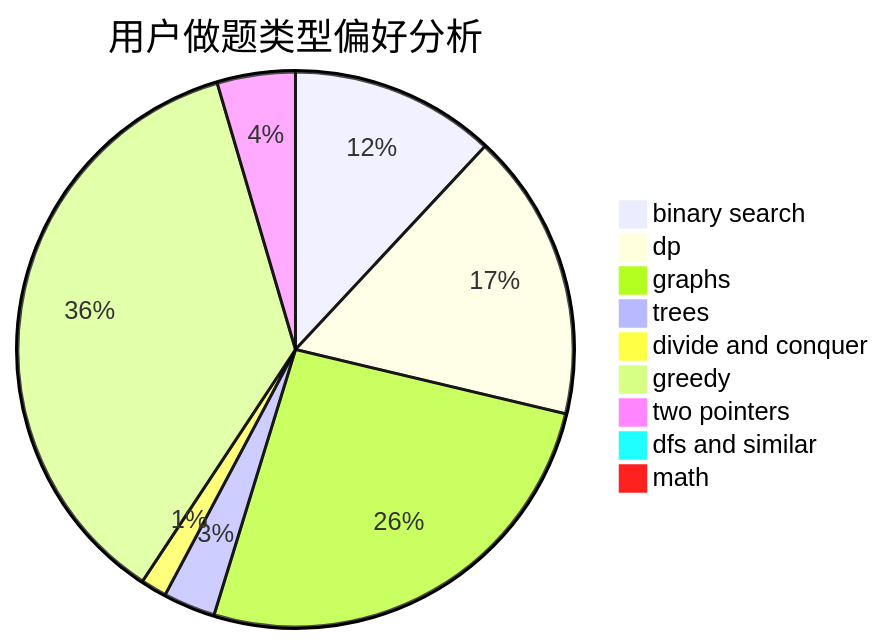
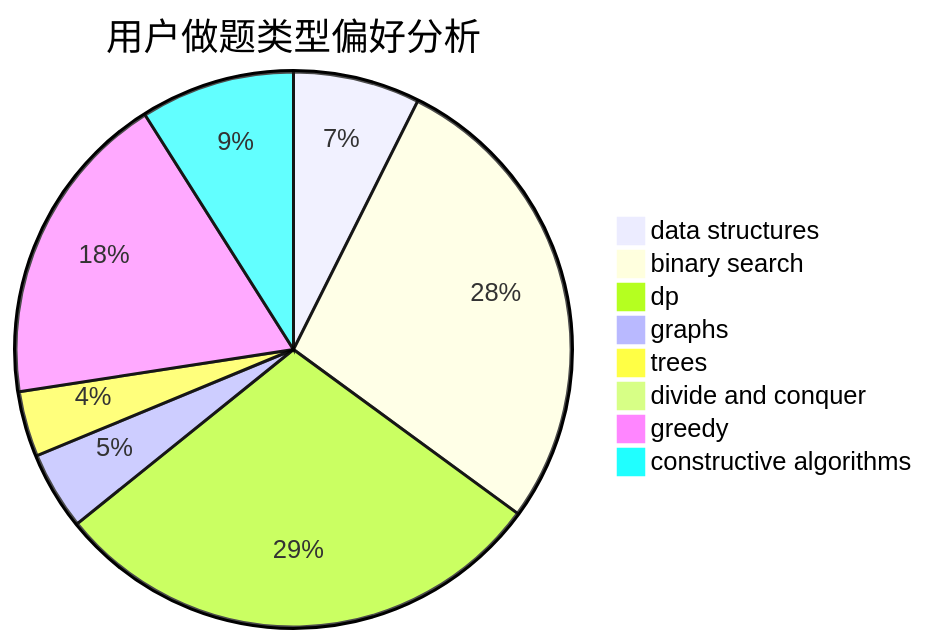
Before and after one commit to sherpahu/cfrs.github.io: the second of 3 diagrams in docs/user/u2654.md, drawn with Mermaid. The commit also changed other lines of this file and 2775 other files, not shown here.

````diff
--- a/docs/user/u2654.md
+++ b/docs/user/u2654.md
@@ -23,12 +23,11 @@
 ```mermaid
 pie title 用户做题类型偏好分析
-    "binary search" :  252
-    "dp" :  354
-    "graphs" :  549
-    "trees" :  64
-    "divide and conquer" :  32
-    "greedy" :  763
-    "two pointers" :  96
-    "dfs and similar" :  17
-    "math" :  17
+    "data structures" :  60
+    "binary search" :  225
+    "dp" :  237
+    "graphs" :  37
+    "trees" :  31
+    "divide and conquer" :  0
+    "greedy" :  150
+    "constructive algorithms" :  73
 ```
````
